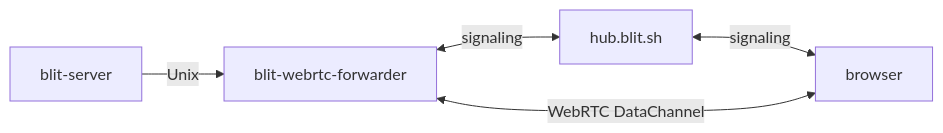
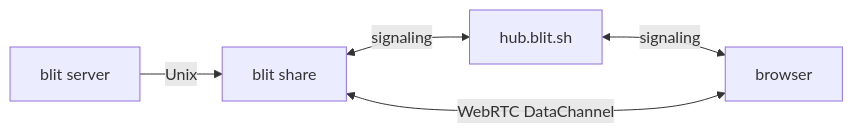
The eighth of 11 diagrams in ARCHITECTURE.md (indent-com/blit), drawn with Mermaid before and after one commit. The commit also changed other lines of this file and 101 other files, not shown here.

````diff
--- a/ARCHITECTURE.md
+++ b/ARCHITECTURE.md
@@ -168,7 +163,7 @@
 ```mermaid
 graph LR
-    S["blit-server"] -->|Unix| F["blit-webrtc-forwarder"]
+    S["blit server"] -->|Unix| F["blit share"]
     F <-->|signaling| H["hub.blit.sh"]
     H <-->|signaling| B["browser"]
     F <-->|WebRTC DataChannel| B
 ```
````
